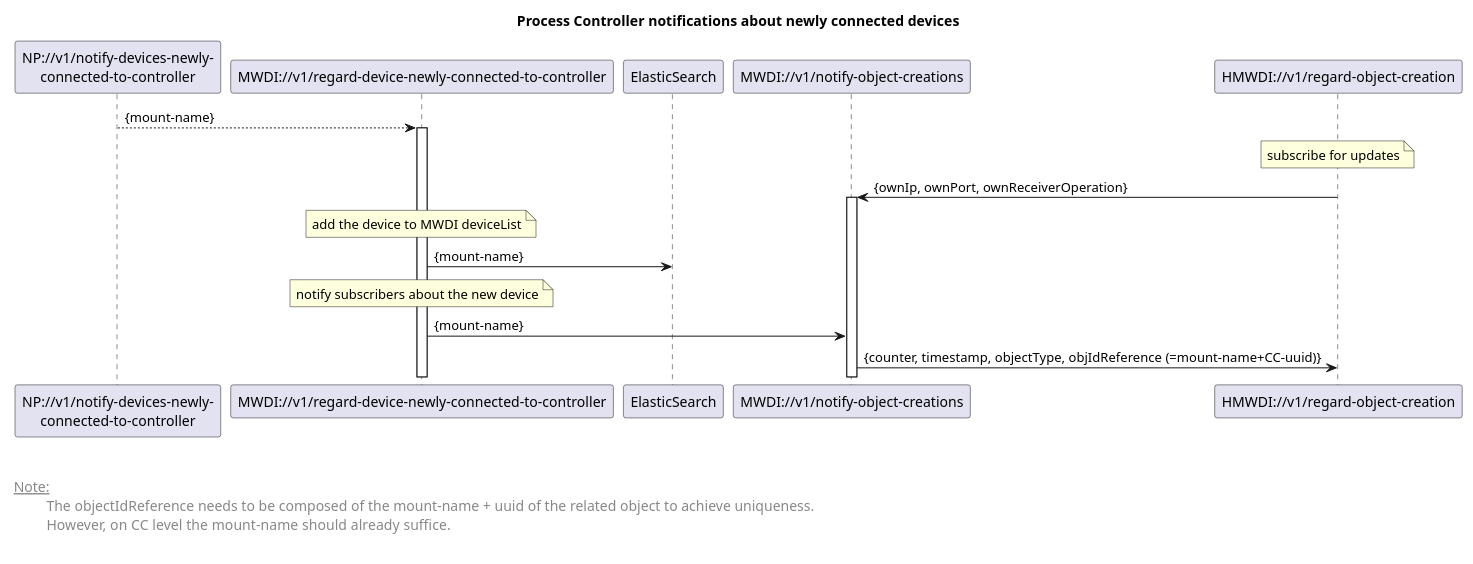
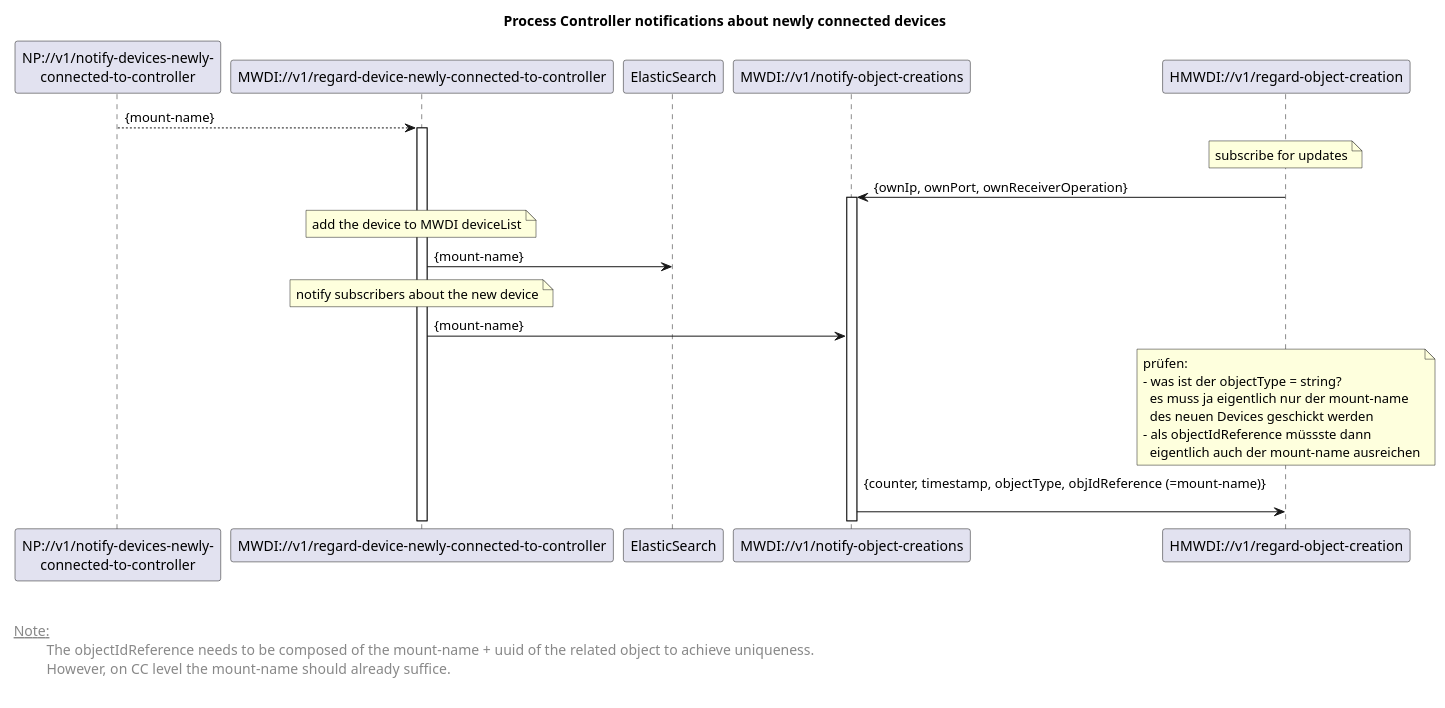
One commit to openBackhaul/MicroWaveDeviceInventory changed the diagram in spec/diagrams/neu/done/02x_processControllerNotificationsNewDev.plantuml. Above: the diagram before and after it, drawn with PlantUML. The commit also changed 2 other files, not shown here.

```diff
--- a/spec/diagrams/neu/done/02x_processControllerNotificationsNewDev.plantuml
+++ b/spec/diagrams/neu/done/02x_processControllerNotificationsNewDev.plantuml
@@ -1,52 +1,62 @@
 @startuml
 skinparam responseMessageBelowArrow true
 skinparam participant {
   StereotypeFontSize 12  
 }
 
 title Process Controller notifications about newly connected devices
 
 'participants
 participant "NP://v1/notify-devices-newly-\nconnected-to-controller" as npmsg
 participant "MWDI://v1/regard-device-newly-connected-to-controller" as mwdi
 participant "ElasticSearch" as es
 participant "MWDI://v1/notify-object-creations" as notify
 participant "HMWDI://v1/regard-object-creation" as subscriberOp
 
 npmsg --> mwdi: {mount-name}
 activate mwdi
 
 note over subscriberOp: subscribe for updates
 subscriberOp -> notify: {ownIp, ownPort, ownReceiverOperation} 
 activate notify
 
 note over mwdi: add the device to MWDI deviceList
 mwdi -> es: {mount-name}
 
 note over mwdi: notify subscribers about the new device
 
 mwdi -> notify: {mount-name}
-notify -> subscriberOp: {counter, timestamp, objectType, objIdReference (=mount-name+CC-uuid)}
+
+note over subscriberOp 
+prüfen: 
+- was ist der objectType = string?
+  es muss ja eigentlich nur der mount-name 
+  des neuen Devices geschickt werden 
+- als objectIdReference müssste dann 
+  eigentlich auch der mount-name ausreichen
+end note
+
+notify -> subscriberOp: {counter, timestamp, objectType, objIdReference (=mount-name)} \n
 
 
 
 
 left footer 
 
 
 <u> Note:</u>
 \t  The objectIdReference needs to be composed of the mount-name + uuid of the related object to achieve uniqueness.
 \t  However, on CC level the mount-name should already suffice.
 
 end footer
 
 <style>
 footer {
   HorizontalAlignment left
   FontSize 14
 }
 </style>
 
 
 
 @enduml
```
